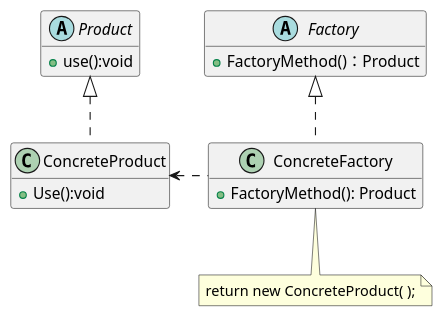
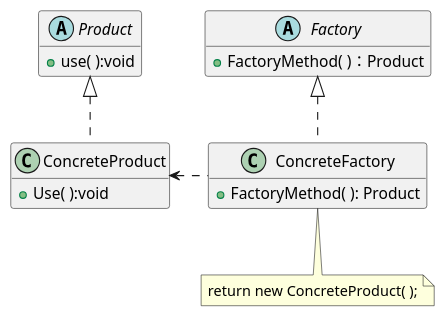
One commit to LviatYi/KnownBase changed the first of 2 diagrams in DesignPatternNote/index/factoryMethod.md. Above: the diagram before and after it, drawn with PlantUML. The commit also changed other lines of this file and 6 other files, not shown here.

````diff
--- a/DesignPatternNote/index/factoryMethod.md
+++ b/DesignPatternNote/index/factoryMethod.md
@@ -26,26 +29,26 @@
 ```PlantUML
 @startuml Factory_ClassDiagram
 hide empty members
 abstract Product{
-    + use():void
+    + use( ):void
 }
 abstract Factory{
-    + FactoryMethod()：Product
+    + FactoryMethod( )：Product
 }
 
 class ConcreteProduct{
-    + Use():void
+    + Use( ):void
 }
 
 class ConcreteFactory{
-    + FactoryMethod(): Product
+    + FactoryMethod( ): Product
 }
 
 Product<|..ConcreteProduct
 Factory<|..ConcreteFactory
 ConcreteProduct<.right.ConcreteFactory
 note bottom of ConcreteFactory
     return new ConcreteProduct( );
 end note
 @enduml
 ```
````
